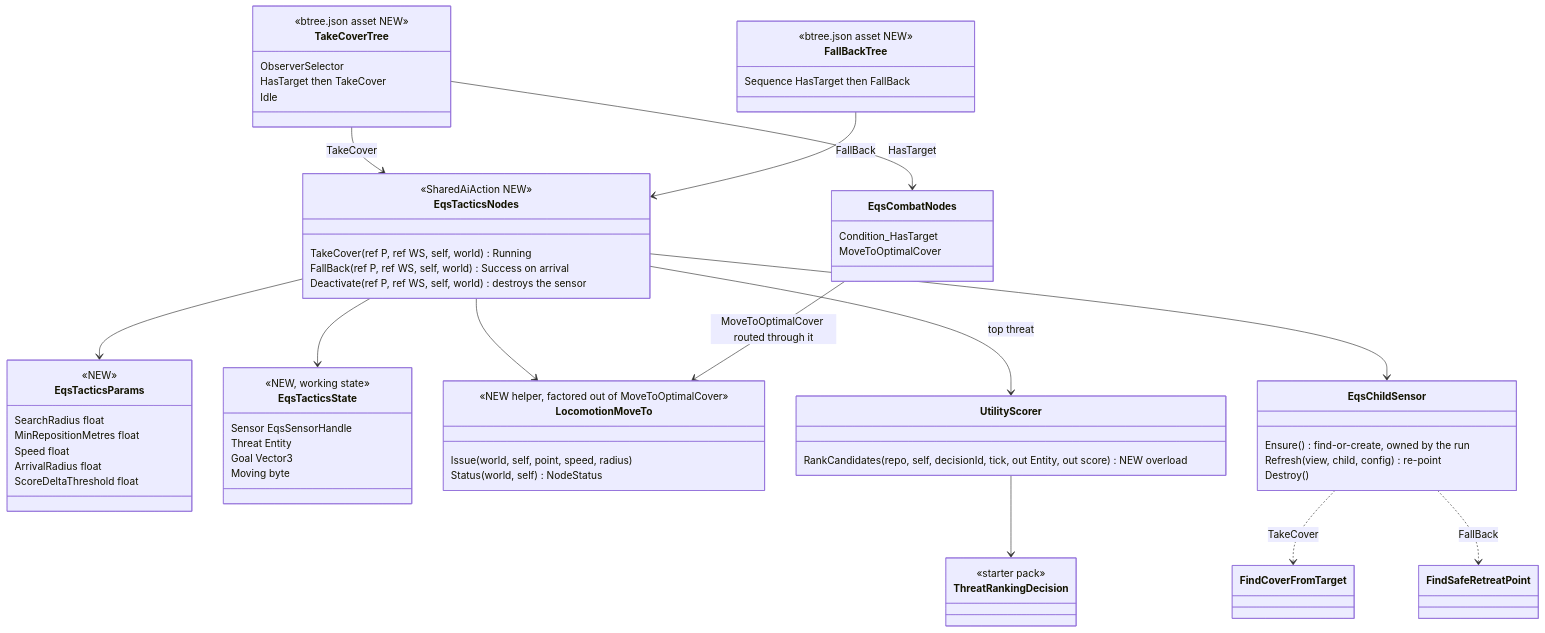
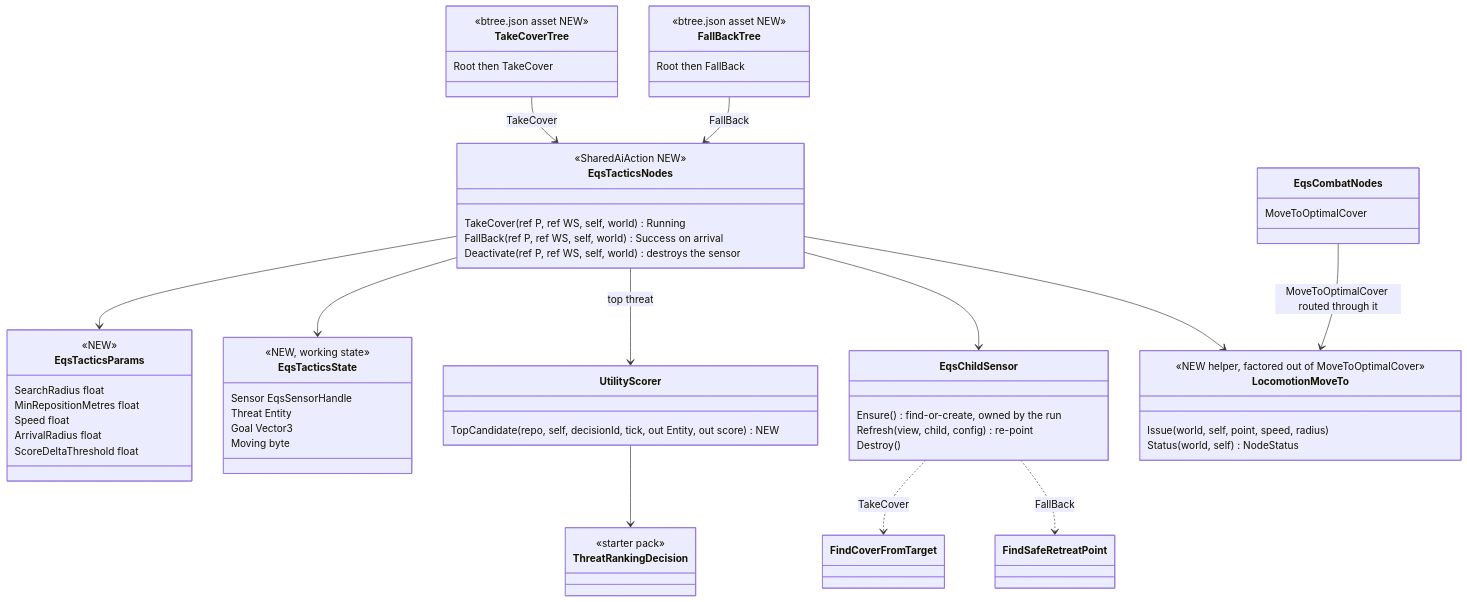
Before and after one commit to pjanec/HROT: the first of 7 diagrams in docs/DESIGN_Eqs_Consuming_Behaviours.md, drawn with Mermaid. The commit also changed other lines of this file and 18 other files, not shown here.

First line of the commit message:
CE-2092 / CE-2093: TakeCover and FallBack BTrees around shared C# actions

````diff
--- a/docs/DESIGN_Eqs_Consuming_Behaviours.md
+++ b/docs/DESIGN_Eqs_Consuming_Behaviours.md
@@ -56,68 +56,64 @@
 ```mermaid
 classDiagram
   class TakeCoverTree {
     <<btree.json asset NEW>>
-    ObserverSelector
-    HasTarget then TakeCover
-    Idle
+    Root then TakeCover
   }
   class FallBackTree {
     <<btree.json asset NEW>>
-    Sequence HasTarget then FallBack
+    Root then FallBack
   }
   class EqsTacticsNodes {
     <<SharedAiAction NEW>>
     TakeCover(ref P, ref WS, self, world) Running
     FallBack(ref P, ref WS, self, world) Success on arrival
     Deactivate(ref P, ref WS, self, world) destroys the sensor
   }
   class EqsTacticsParams {
     <<NEW>>
     SearchRadius float
     MinRepositionMetres float
     Speed float
     ArrivalRadius float
     ScoreDeltaThreshold float
   }
   class EqsTacticsState {
     <<NEW, working state>>
     Sensor EqsSensorHandle
     Threat Entity
     Goal Vector3
     Moving byte
   }
   class EqsCombatNodes {
-    Condition_HasTarget
     MoveToOptimalCover
   }
   class LocomotionMoveTo {
     <<NEW helper, factored out of MoveToOptimalCover>>
     Issue(world, self, point, speed, radius)
     Status(world, self) NodeStatus
   }
   class UtilityScorer {
-    RankCandidates(repo, self, decisionId, tick, out Entity, out score) NEW overload
+    TopCandidate(repo, self, decisionId, tick, out Entity, out score) NEW
   }
   class ThreatRankingDecision {
     <<starter pack>>
   }
   class EqsChildSensor {
     Ensure() find-or-create, owned by the run
     Refresh(view, child, config) re-point
     Destroy()
   }
   class FindCoverFromTarget
   class FindSafeRetreatPoint
-  TakeCoverTree --> EqsCombatNodes : HasTarget
   TakeCoverTree --> EqsTacticsNodes : TakeCover
   FallBackTree --> EqsTacticsNodes : FallBack
   EqsTacticsNodes --> EqsTacticsParams
   EqsTacticsNodes --> EqsTacticsState
   EqsTacticsNodes --> UtilityScorer : top threat
   UtilityScorer --> ThreatRankingDecision
   EqsTacticsNodes --> EqsChildSensor
   EqsChildSensor ..> FindCoverFromTarget : TakeCover
   EqsChildSensor ..> FindSafeRetreatPoint : FallBack
   EqsTacticsNodes --> LocomotionMoveTo
   EqsCombatNodes --> LocomotionMoveTo : MoveToOptimalCover routed through it
 ```
````
